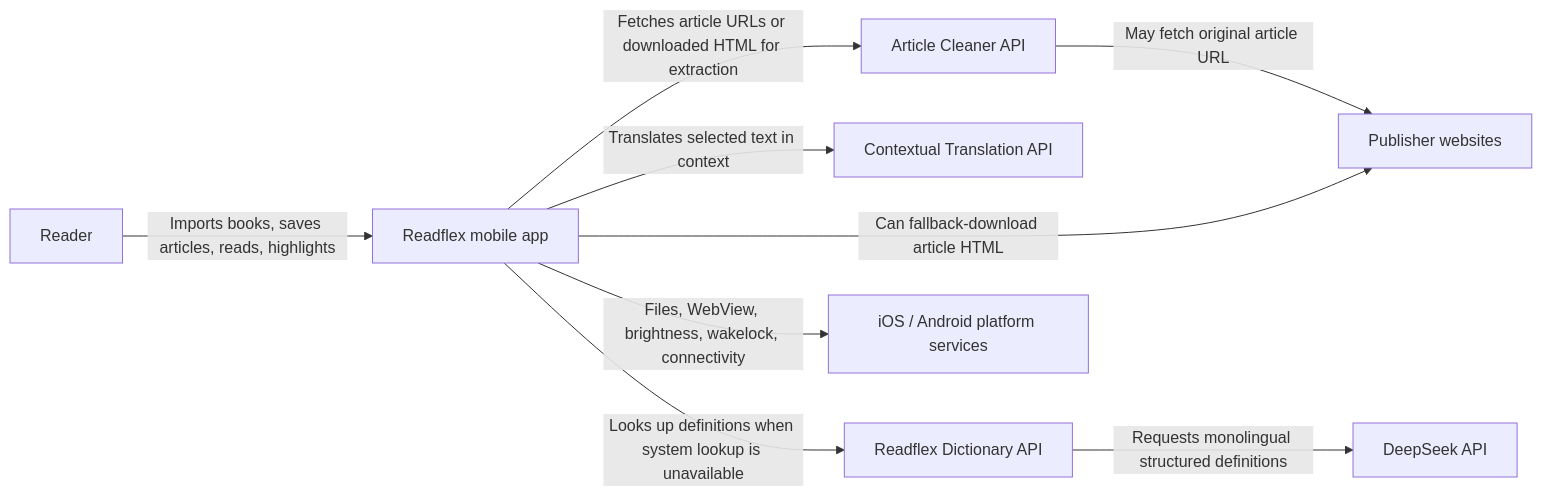
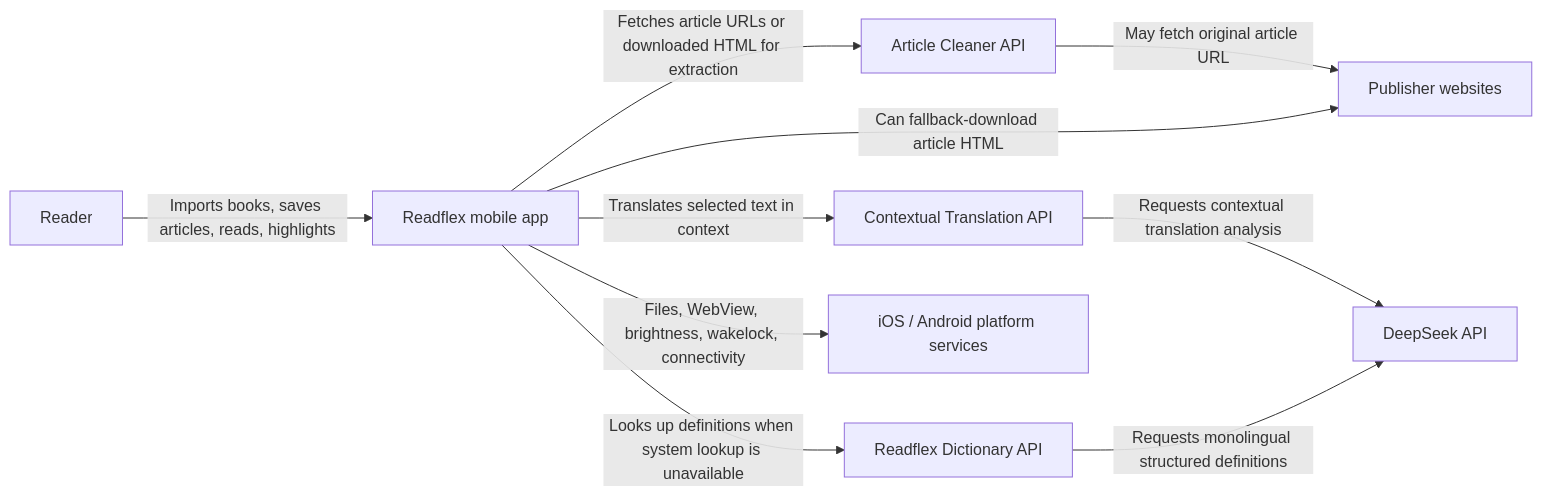
The first of 8 diagrams in C4_MODEL.md (abra/readflex), drawn with Mermaid before and after one commit. The commit also changed other lines of this file and 25 other files, not shown here.

First line of the commit message:
Update project documentation to match current architecture

````diff
--- a/C4_MODEL.md
+++ b/C4_MODEL.md
@@ -18,20 +18,21 @@
 ```mermaid
 flowchart LR
   user["Reader"]
   app["Readflex mobile app"]
   websites["Publisher websites"]
   cleaner["Article Cleaner API"]
   translation["Contextual Translation API"]
   dictionary["Readflex Dictionary API"]
   deepseek["DeepSeek API"]
   platform["iOS / Android platform services"]
 
   user -->|"Imports books, saves articles, reads, highlights"| app
   app -->|"Fetches article URLs or downloaded HTML for extraction"| cleaner
   app -->|"Translates selected text in context"| translation
   app -->|"Looks up definitions when system lookup is unavailable"| dictionary
+  translation -->|"Requests contextual translation analysis"| deepseek
   dictionary -->|"Requests monolingual structured definitions"| deepseek
   cleaner -->|"May fetch original article URL"| websites
   app -->|"Can fallback-download article HTML"| websites
   app -->|"Files, WebView, brightness, wakelock, connectivity"| platform
 ```
````
